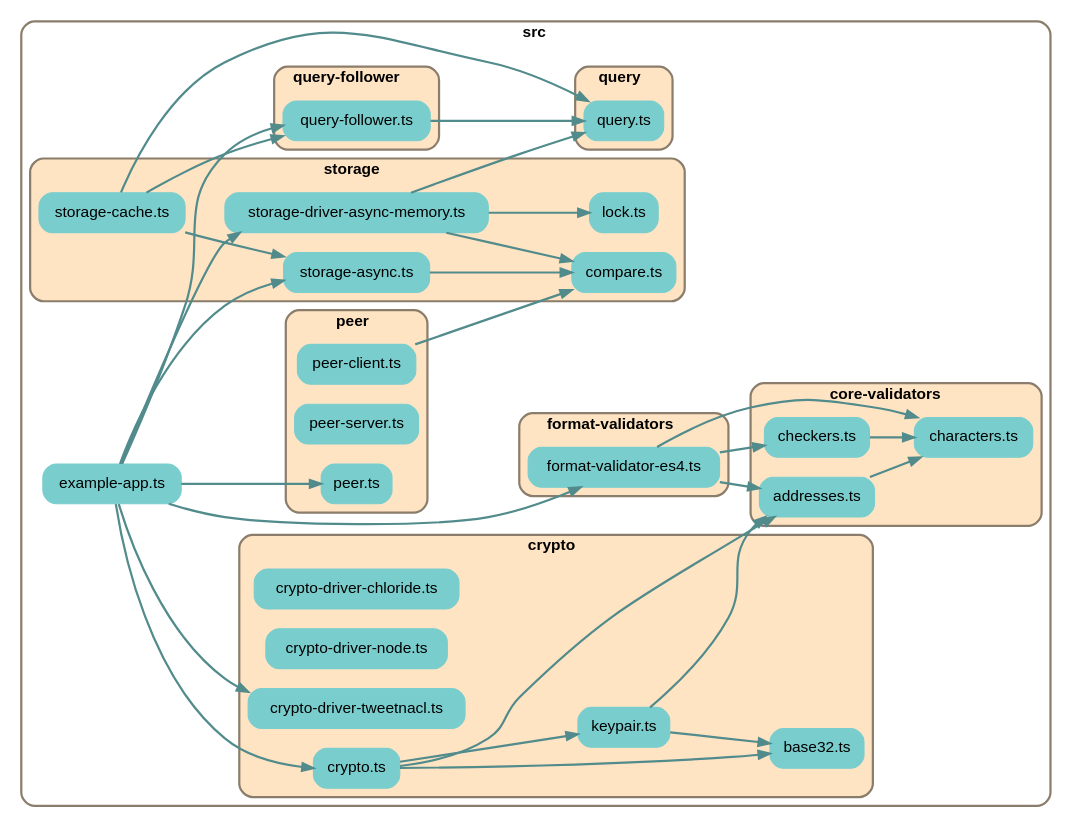
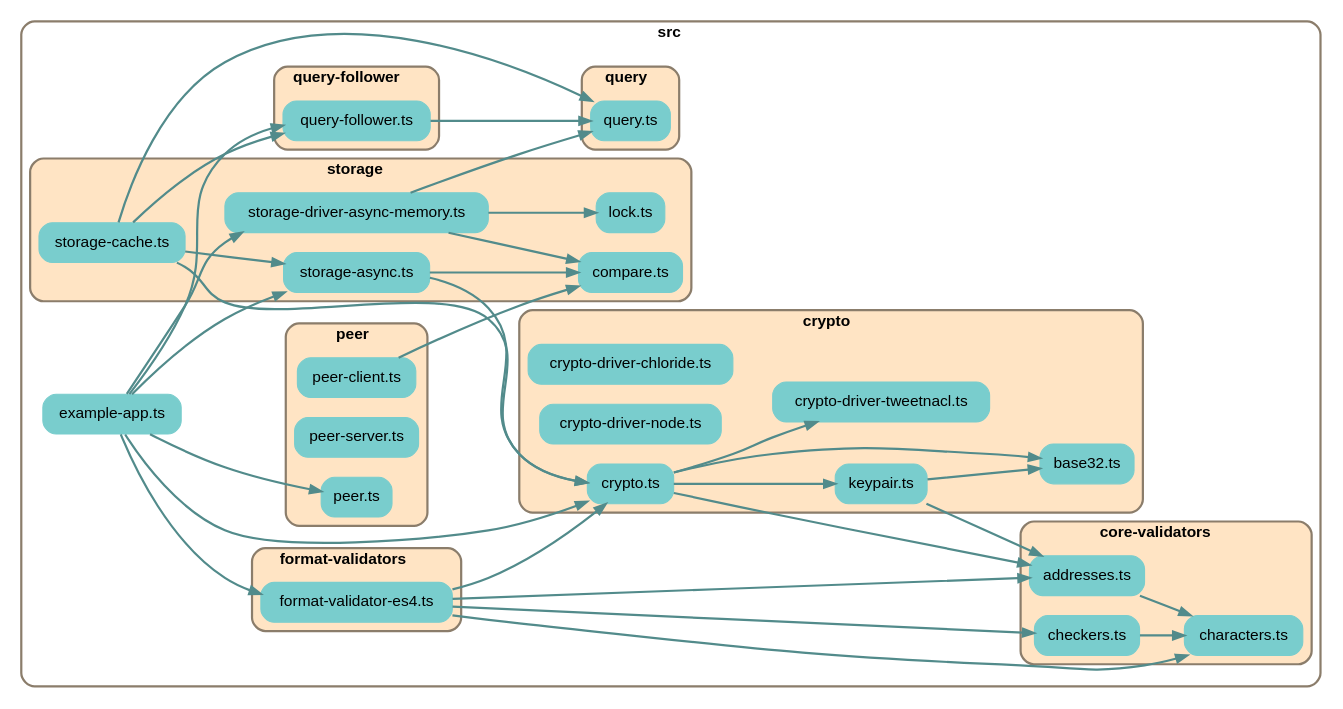
The diagram in depchart/depchart-no-types.dot (earthstar-project/earthstar), drawn with Graphviz before and after one commit. The commit also changed 11 other files, not shown here.

```diff
--- a/depchart/depchart-no-types.dot
+++ b/depchart/depchart-no-types.dot
@@ -1,135 +1,138 @@
 
 digraph G {
     //splines=line;
     //splines=polyline;
     splines=true;
     rankdir=LR;
     //newrank=true;
     compound=true;
     graph [fontname = "helvetica"];  // dpi=72
     node [fontname = "helvetica"];
     edge [fontname = "helvetica"];
     
     // files in their folder clusters
 
-    subgraph cluster1716934412 {
+    subgraph cluster1588779882 {
         label=<<b>src</b>>;
         style="rounded";
         color=bisque4;
         penwidth=2;
                     
         "src/example-app.ts" [label="example-app.ts", shape=rectangle; style="rounded,filled"; color=darkslategray3];
 
-        subgraph cluster7034099520 {
+        subgraph cluster4539226745 {
             label=<<b>core-validators</b>>;
             style="rounded,filled";
             fillcolor=bisque;
             color=bisque4;
             penwidth=2;
                     
             "src/core-validators/addresses.ts" [label="addresses.ts", shape=rectangle; style="rounded,filled"; color=darkslategray3];
             "src/core-validators/characters.ts" [label="characters.ts", shape=rectangle; style="rounded,filled"; color=darkslategray3];
             "src/core-validators/checkers.ts" [label="checkers.ts", shape=rectangle; style="rounded,filled"; color=darkslategray3];
         }
 
-        subgraph cluster3713216487 {
+        subgraph cluster3443607113 {
             label=<<b>crypto</b>>;
             style="rounded,filled";
             fillcolor=bisque;
             color=bisque4;
             penwidth=2;
                     
             "src/crypto/base32.ts" [label="base32.ts", shape=rectangle; style="rounded,filled"; color=darkslategray3];
             "src/crypto/crypto-driver-chloride.ts" [label="crypto-driver-chloride.ts", shape=rectangle; style="rounded,filled"; color=darkslategray3];
             "src/crypto/crypto-driver-node.ts" [label="crypto-driver-node.ts", shape=rectangle; style="rounded,filled"; color=darkslategray3];
             "src/crypto/crypto-driver-tweetnacl.ts" [label="crypto-driver-tweetnacl.ts", shape=rectangle; style="rounded,filled"; color=darkslategray3];
             "src/crypto/crypto.ts" [label="crypto.ts", shape=rectangle; style="rounded,filled"; color=darkslategray3];
             "src/crypto/keypair.ts" [label="keypair.ts", shape=rectangle; style="rounded,filled"; color=darkslategray3];
         }
 
-        subgraph cluster1407238017 {
+        subgraph cluster9913072370 {
             label=<<b>format-validators</b>>;
             style="rounded,filled";
             fillcolor=bisque;
             color=bisque4;
             penwidth=2;
                     
             "src/format-validators/format-validator-es4.ts" [label="format-validator-es4.ts", shape=rectangle; style="rounded,filled"; color=darkslategray3];
         }
 
-        subgraph cluster4100586268 {
+        subgraph cluster4041676234 {
             label=<<b>peer</b>>;
             style="rounded,filled";
             fillcolor=bisque;
             color=bisque4;
             penwidth=2;
                     
             "src/peer/peer-client.ts" [label="peer-client.ts", shape=rectangle; style="rounded,filled"; color=darkslategray3];
             "src/peer/peer-server.ts" [label="peer-server.ts", shape=rectangle; style="rounded,filled"; color=darkslategray3];
             "src/peer/peer.ts" [label="peer.ts", shape=rectangle; style="rounded,filled"; color=darkslategray3];
         }
 
-        subgraph cluster7592849202 {
+        subgraph cluster4125887095 {
             label=<<b>query-follower</b>>;
             style="rounded,filled";
             fillcolor=bisque;
             color=bisque4;
             penwidth=2;
                     
             "src/query-follower/query-follower.ts" [label="query-follower.ts", shape=rectangle; style="rounded,filled"; color=darkslategray3];
         }
 
-        subgraph cluster686400807 {
+        subgraph cluster5416788478 {
             label=<<b>query</b>>;
             style="rounded,filled";
             fillcolor=bisque;
             color=bisque4;
             penwidth=2;
                     
             "src/query/query.ts" [label="query.ts", shape=rectangle; style="rounded,filled"; color=darkslategray3];
         }
 
-        subgraph cluster4757035570 {
+        subgraph cluster6970543047 {
             label=<<b>storage</b>>;
             style="rounded,filled";
             fillcolor=bisque;
             color=bisque4;
             penwidth=2;
                     
             "src/storage/compare.ts" [label="compare.ts", shape=rectangle; style="rounded,filled"; color=darkslategray3];
             "src/storage/lock.ts" [label="lock.ts", shape=rectangle; style="rounded,filled"; color=darkslategray3];
             "src/storage/storage-async.ts" [label="storage-async.ts", shape=rectangle; style="rounded,filled"; color=darkslategray3];
             "src/storage/storage-cache.ts" [label="storage-cache.ts", shape=rectangle; style="rounded,filled"; color=darkslategray3];
             "src/storage/storage-driver-async-memory.ts" [label="storage-driver-async-memory.ts", shape=rectangle; style="rounded,filled"; color=darkslategray3];
         }
     }
 
     // edges between files
     "src/core-validators/addresses.ts" -> "src/core-validators/characters.ts" [penwidth=2; color=darkslategray4];
     "src/core-validators/checkers.ts" -> "src/core-validators/characters.ts" [penwidth=2; color=darkslategray4];
     "src/crypto/crypto.ts" -> "src/crypto/base32.ts" [penwidth=2; color=darkslategray4];
     "src/crypto/crypto.ts" -> "src/crypto/keypair.ts" [penwidth=2; color=darkslategray4];
     "src/crypto/crypto.ts" -> "src/core-validators/addresses.ts" [penwidth=2; color=darkslategray4];
+    "src/crypto/crypto.ts" -> "src/crypto/crypto-driver-tweetnacl.ts" [penwidth=2; color=darkslategray4];
     "src/crypto/keypair.ts" -> "src/crypto/base32.ts" [penwidth=2; color=darkslategray4];
     "src/crypto/keypair.ts" -> "src/core-validators/addresses.ts" [penwidth=2; color=darkslategray4];
     "src/example-app.ts" -> "src/format-validators/format-validator-es4.ts" [penwidth=2; color=darkslategray4];
     "src/example-app.ts" -> "src/storage/storage-driver-async-memory.ts" [penwidth=2; color=darkslategray4];
     "src/example-app.ts" -> "src/storage/storage-async.ts" [penwidth=2; color=darkslategray4];
     "src/example-app.ts" -> "src/crypto/crypto.ts" [penwidth=2; color=darkslategray4];
-    "src/example-app.ts" -> "src/crypto/crypto-driver-tweetnacl.ts" [penwidth=2; color=darkslategray4];
     "src/example-app.ts" -> "src/query-follower/query-follower.ts" [penwidth=2; color=darkslategray4];
     "src/example-app.ts" -> "src/peer/peer.ts" [penwidth=2; color=darkslategray4];
+    "src/format-validators/format-validator-es4.ts" -> "src/crypto/crypto.ts" [penwidth=2; color=darkslategray4];
     "src/format-validators/format-validator-es4.ts" -> "src/core-validators/characters.ts" [penwidth=2; color=darkslategray4];
     "src/format-validators/format-validator-es4.ts" -> "src/core-validators/checkers.ts" [penwidth=2; color=darkslategray4];
     "src/format-validators/format-validator-es4.ts" -> "src/core-validators/addresses.ts" [penwidth=2; color=darkslategray4];
     "src/peer/peer-client.ts" -> "src/storage/compare.ts" [penwidth=2; color=darkslategray4];
     "src/query-follower/query-follower.ts" -> "src/query/query.ts" [penwidth=2; color=darkslategray4];
     "src/storage/storage-async.ts" -> "src/storage/compare.ts" [penwidth=2; color=darkslategray4];
+    "src/storage/storage-async.ts" -> "src/crypto/crypto.ts" [penwidth=2; color=darkslategray4];
     "src/storage/storage-cache.ts" -> "src/query/query.ts" [penwidth=2; color=darkslategray4];
     "src/storage/storage-cache.ts" -> "src/query-follower/query-follower.ts" [penwidth=2; color=darkslategray4];
     "src/storage/storage-cache.ts" -> "src/storage/storage-async.ts" [penwidth=2; color=darkslategray4];
+    "src/storage/storage-cache.ts" -> "src/crypto/crypto.ts" [penwidth=2; color=darkslategray4];
     "src/storage/storage-driver-async-memory.ts" -> "src/storage/compare.ts" [penwidth=2; color=darkslategray4];
     "src/storage/storage-driver-async-memory.ts" -> "src/query/query.ts" [penwidth=2; color=darkslategray4];
     "src/storage/storage-driver-async-memory.ts" -> "src/storage/lock.ts" [penwidth=2; color=darkslategray4];
 
 }
```
